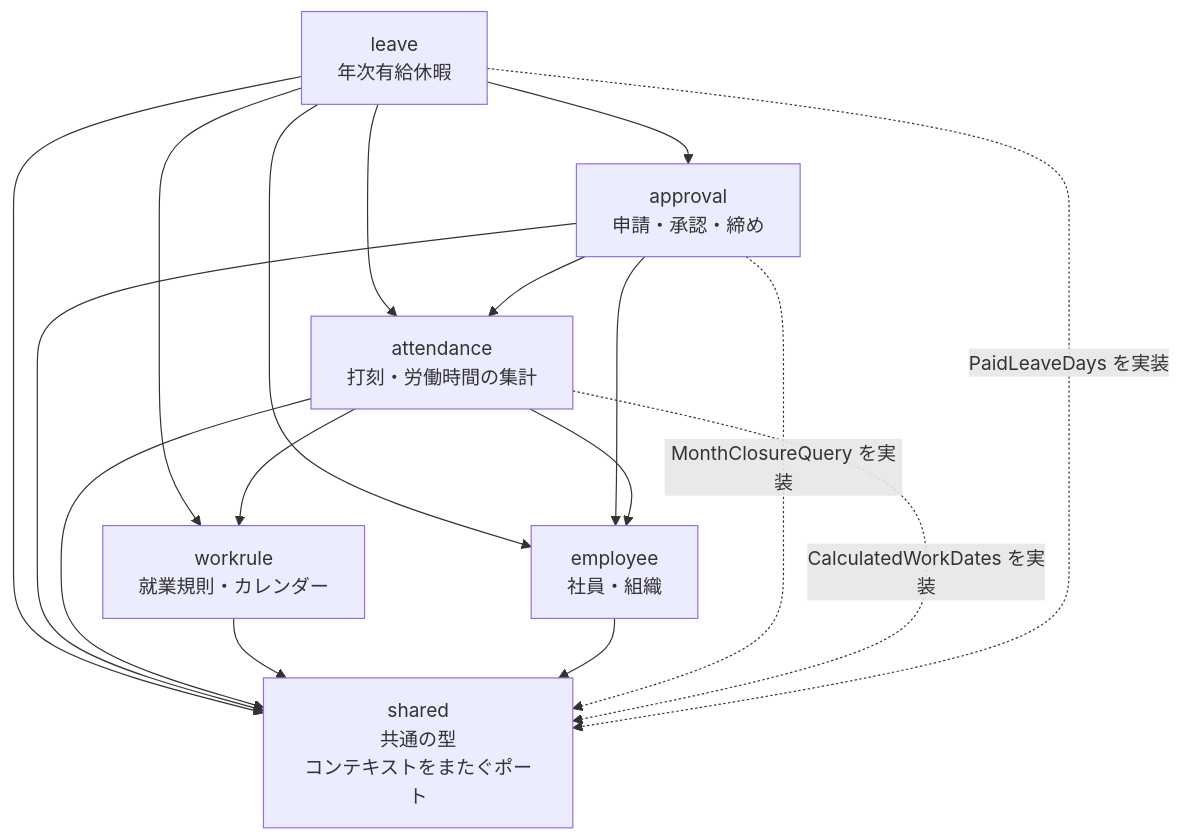
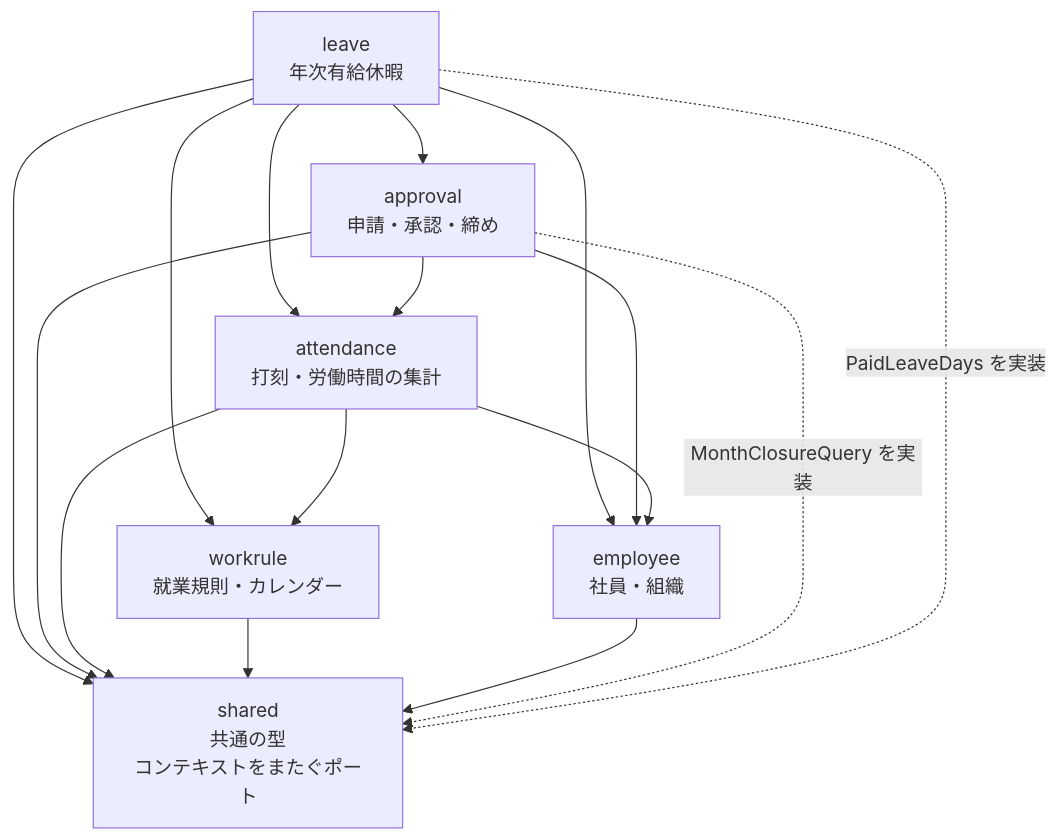
Before and after one commit to masaki-i02/newJavaProject: the diagram in doc/02_詳細設計/00_共通/diagrams/コンテキスト間の依存.mmd, drawn with Mermaid. The commit also changed 16 other files, not shown here.

```diff
--- a/doc/02_詳細設計/00_共通/diagrams/コンテキスト間の依存.mmd
+++ b/doc/02_詳細設計/00_共通/diagrams/コンテキスト間の依存.mmd
@@ -1,25 +1,24 @@
 flowchart TD
     approval["approval<br/>申請・承認・締め"]
     attendance["attendance<br/>打刻・労働時間の集計"]
     workrule["workrule<br/>就業規則・カレンダー"]
     employee["employee<br/>社員・組織"]
     leave["leave<br/>年次有給休暇"]
     shared["shared<br/>共通の型<br/>コンテキストをまたぐポート"]
 
     leave --> approval
     leave --> attendance
     leave --> workrule
     leave --> employee
     leave --> shared
     approval --> attendance
     approval --> employee
     attendance --> workrule
     attendance --> employee
     approval --> shared
     attendance --> shared
     workrule --> shared
     employee --> shared
 
     approval -. "MonthClosureQuery を実装" .-> shared
-    attendance -. "CalculatedWorkDates を実装" .-> shared
     leave -. "PaidLeaveDays を実装" .-> shared
```
